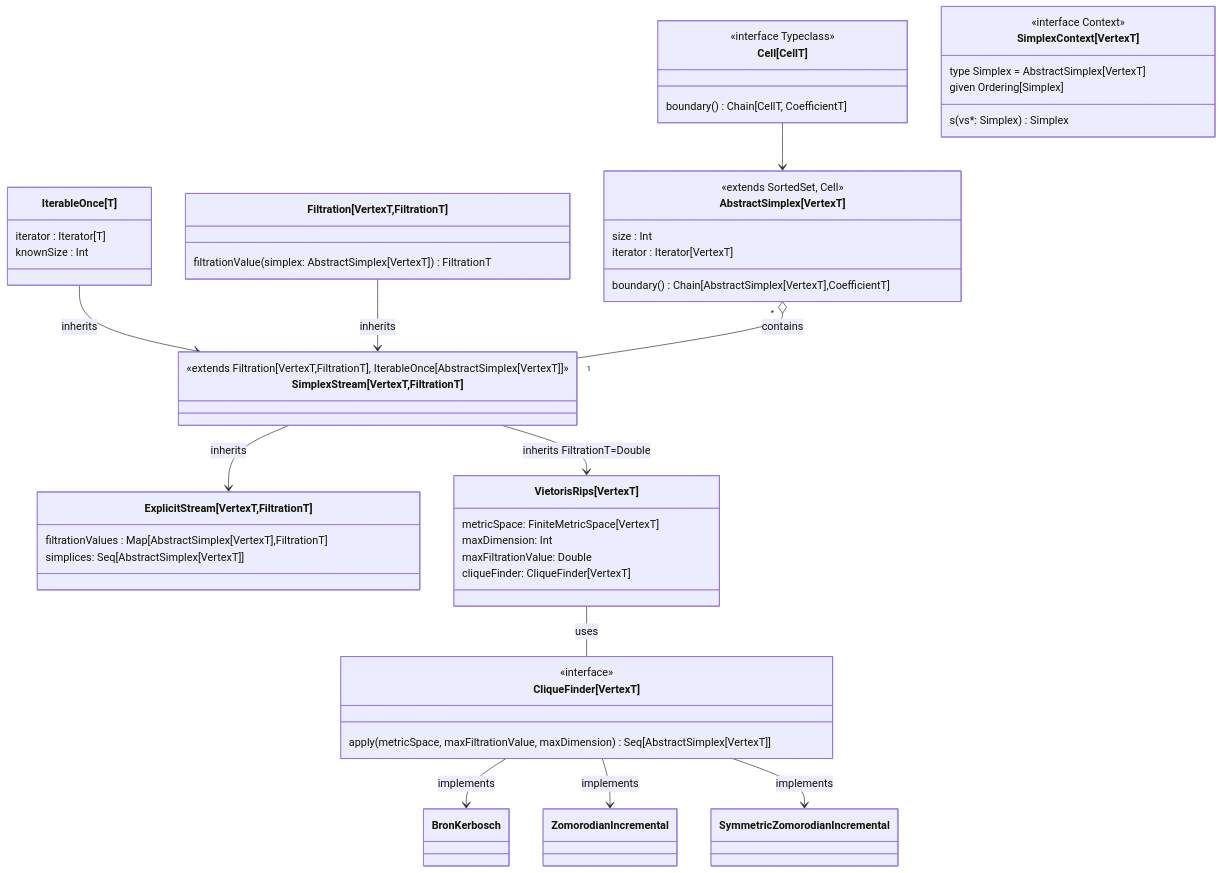
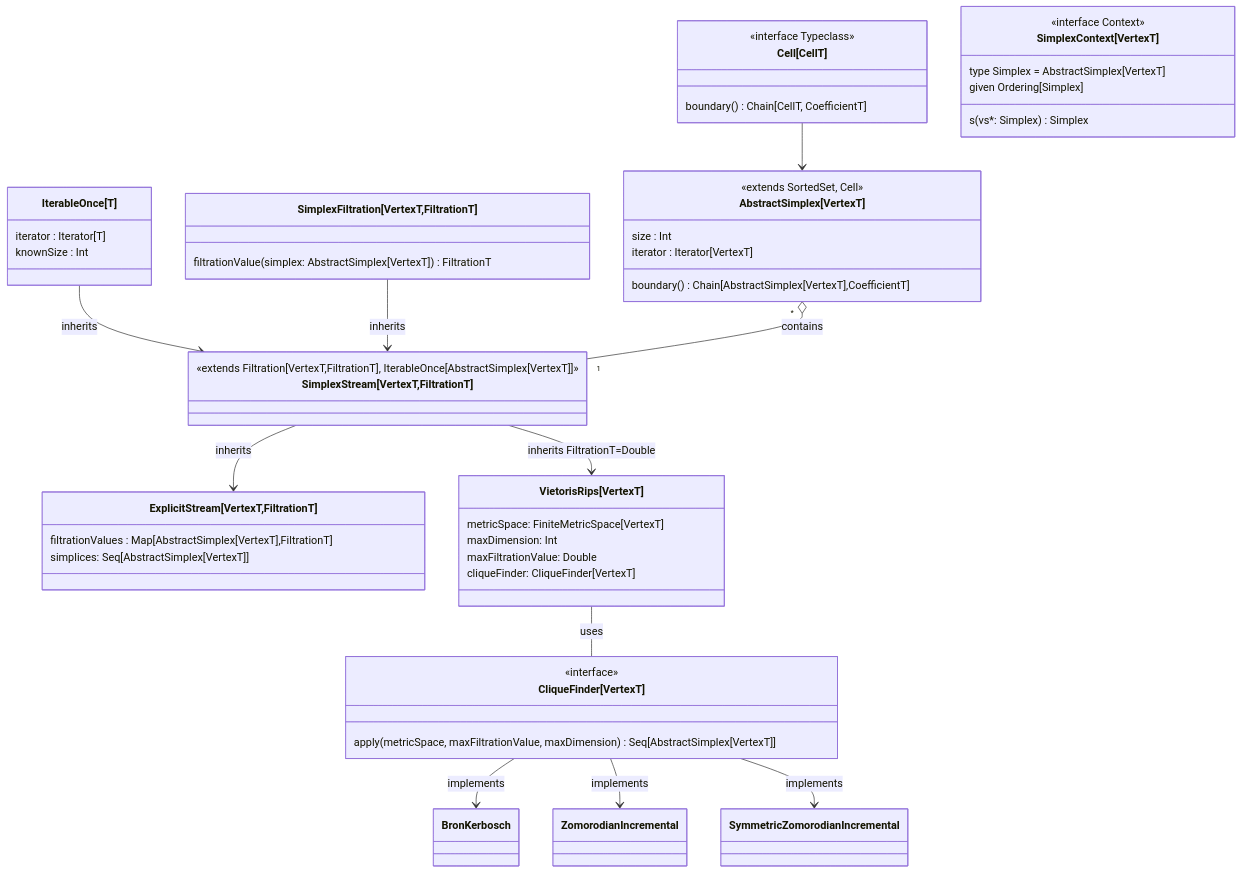
One commit to appliedtopology/tda4j changed the second of 2 diagrams in src/main/paradox/developers-guide/class-diagrams.md. Above: the diagram before and after it, drawn with Mermaid. The commit also changed 12 other files, not shown here.

````diff
--- a/src/main/paradox/developers-guide/class-diagrams.md
+++ b/src/main/paradox/developers-guide/class-diagrams.md
@@ -55,54 +55,54 @@
 ```mermaid
 classDiagram
     `Cell[CellT]` --> `AbstractSimplex[VertexT]`
     class `Cell[CellT]` {
 <<interface Typeclass>>
 boundary() Chain[CellT, CoefficientT]
 }
 class `AbstractSimplex[VertexT]` {
 <<extends SortedSet, Cell>>
 size : Int
 iterator : Iterator[VertexT]
 boundary() Chain[AbstractSimplex[VertexT],CoefficientT]
 }
 class `SimplexContext[VertexT]` {
 <<interface Context>>
 type Simplex = AbstractSimplex[VertexT]
 given Ordering[Simplex]
 s(vs*: Simplex) Simplex
 }
 class `IterableOnce[T]` {
 iterator : Iterator[T]
 knownSize : Int
 }
-class `Filtration[VertexT,FiltrationT]` {
+class `SimplexFiltration[VertexT,FiltrationT]` {
 filtrationValue(simplex: AbstractSimplex[VertexT]) FiltrationT
 }
 class `SimplexStream[VertexT,FiltrationT]` {
 <<extends Filtration[VertexT,FiltrationT], IterableOnce[AbstractSimplex[VertexT]]>>
 }
 `IterableOnce[T]` --> `SimplexStream[VertexT,FiltrationT]` : inherits
-`Filtration[VertexT,FiltrationT]` --> `SimplexStream[VertexT,FiltrationT]` : inherits
+`SimplexFiltration[VertexT,FiltrationT]` --> `SimplexStream[VertexT,FiltrationT]` : inherits
 `AbstractSimplex[VertexT]` "*" o-- "1" `SimplexStream[VertexT,FiltrationT]` : contains
 
 class `ExplicitStream[VertexT,FiltrationT]` {
 filtrationValues : Map[AbstractSimplex[VertexT],FiltrationT]
 simplices: Seq[AbstractSimplex[VertexT]]
 }
 class `VietorisRips[VertexT]` {
 metricSpace: FiniteMetricSpace[VertexT]
 maxDimension: Int
 maxFiltrationValue: Double
 cliqueFinder: CliqueFinder[VertexT]
 }
 `SimplexStream[VertexT,FiltrationT]` --> `ExplicitStream[VertexT,FiltrationT]`: inherits
 `SimplexStream[VertexT,FiltrationT]` --> `VietorisRips[VertexT]`: inherits FiltrationT=Double
 `VietorisRips[VertexT]` -- `CliqueFinder[VertexT]` : uses
 class `CliqueFinder[VertexT]` {
 <<interface>>
 apply(metricSpace, maxFiltrationValue, maxDimension) Seq[AbstractSimplex[VertexT]]
     }
 `CliqueFinder[VertexT]` --> BronKerbosch : implements
 `CliqueFinder[VertexT]` --> ZomorodianIncremental : implements
 `CliqueFinder[VertexT]` --> SymmetricZomorodianIncremental : implements
 ```
````
